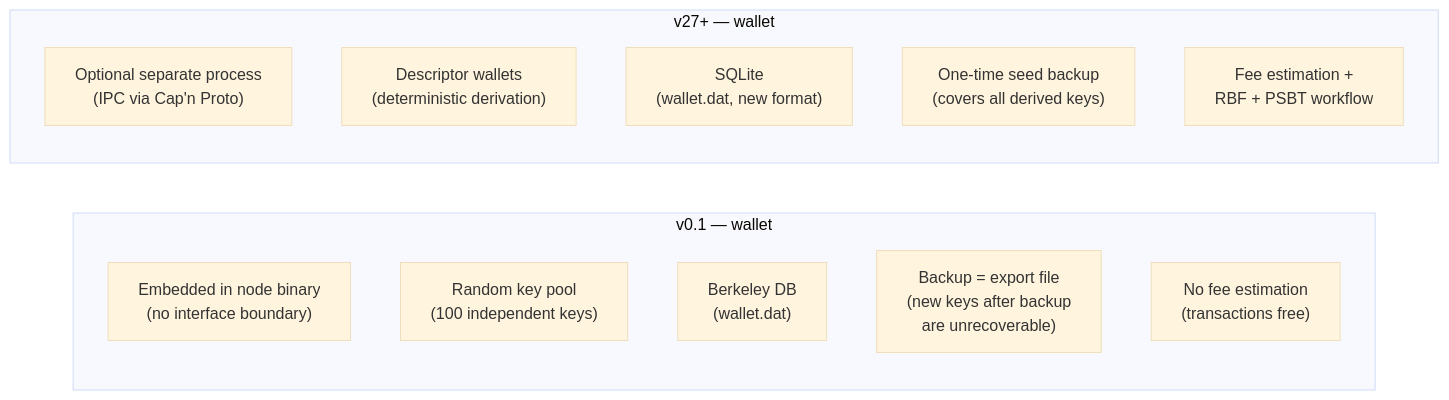
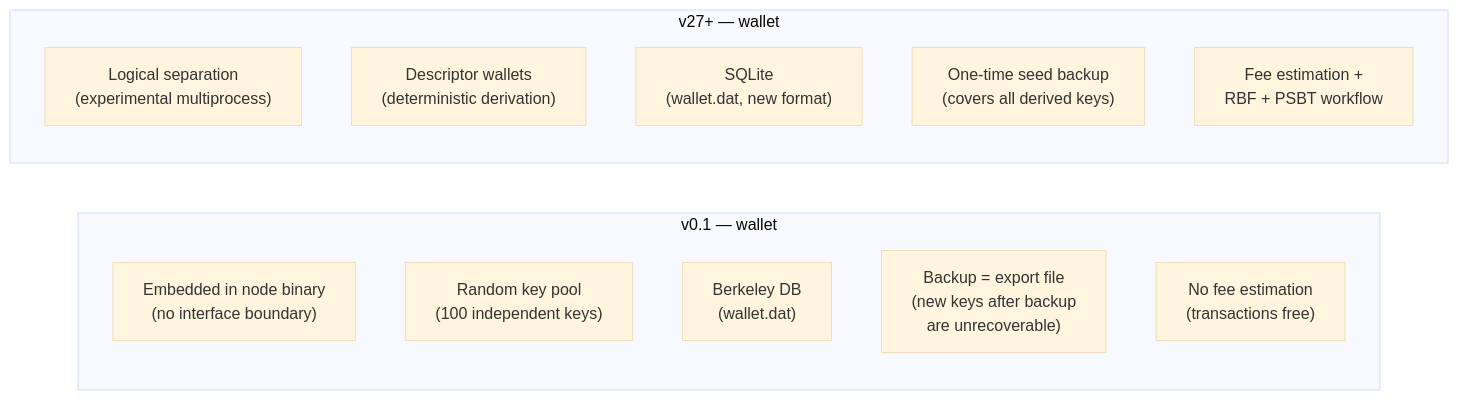
The ninth of 10 diagrams in src/data/entries/en/design/2009-01-03-bitcoin-architecture-evolution.md (cypher256/BitcoinArchive), drawn with Mermaid (base theme) before and after one commit. The commit also changed other lines of this file and 5 other files, not shown here.

````diff
--- a/src/data/entries/en/design/2009-01-03-bitcoin-architecture-evolution.md
+++ b/src/data/entries/en/design/2009-01-03-bitcoin-architecture-evolution.md
@@ -321,20 +321,20 @@
 ```mermaid
 flowchart LR
     subgraph V01_WALL["v0.1 — wallet"]
         direction TB
         EMBED["Embedded in node binary<br/>(no interface boundary)"]
         RAND_K["Random key pool<br/>(100 independent keys)"]
         BDB_W["Berkeley DB<br/>(wallet.dat)"]
         BACKUP["Backup = export file<br/>(new keys after backup<br/>are unrecoverable)"]
         NO_FEE["No fee estimation<br/>(transactions free)"]
     end
 
     subgraph V27_WALL["v27+ — wallet"]
         direction TB
-        SEP["Optional separate process<br/>(IPC via Cap'n Proto)"]
+        SEP["Logical separation<br/>(experimental multiprocess)"]
         DESC["Descriptor wallets<br/>(deterministic derivation)"]
         SQLITE["SQLite<br/>(wallet.dat, new format)"]
         SEED["One-time seed backup<br/>(covers all derived keys)"]
         EST["Fee estimation +<br/>RBF + PSBT workflow"]
     end
 ```
````
